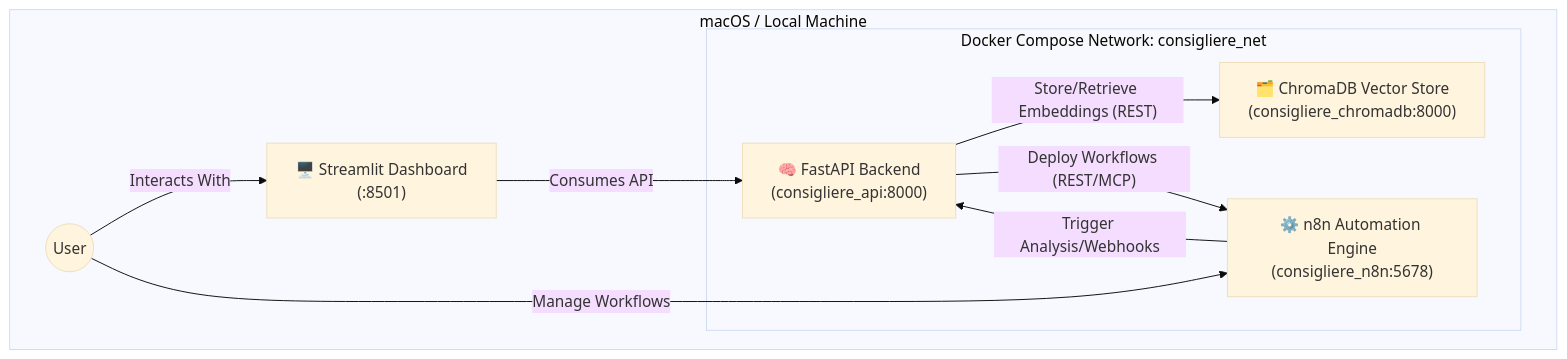
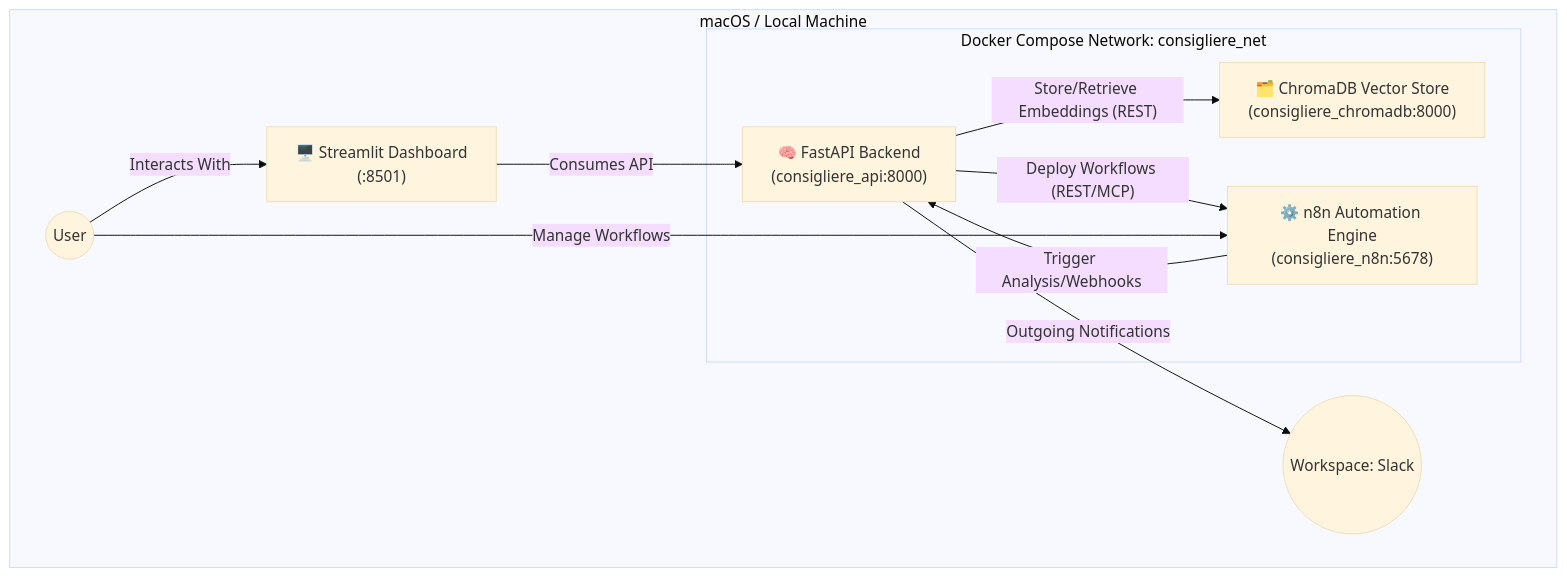
The diagram in README.md (drather/Consigliere), drawn with Mermaid (base theme) before and after one commit. The commit also changed other lines of this file and 4 other files, not shown here.

Commit message:
docs: update system snapshots and README to reflect Slack integration and Sender API

````diff
--- a/README.md
+++ b/README.md
@@ -39,22 +39,23 @@
 ```mermaid
 graph TD
     User((User))
     
     subgraph Host["macOS / Local Machine"]
         StreamlitApp["🖥️ Streamlit Dashboard\n(:8501)"]
         
         subgraph Docker["Docker Compose Network: consigliere_net"]
             API["🧠 FastAPI Backend\n(consigliere_api:8000)"]
             N8N["⚙️ n8n Automation Engine\n(consigliere_n8n:5678)"]
             Chroma["🗂️ ChromaDB Vector Store\n(consigliere_chromadb:8000)"]
             
             API -- "Store/Retrieve Embeddings (REST)" --> Chroma
             N8N -- "Trigger Analysis/Webhooks" --> API
             API -- "Deploy Workflows (REST/MCP)" --> N8N
         end
         
         User -- "Interacts With" --> StreamlitApp
         User -- "Manage Workflows" --> N8N
         StreamlitApp -- "Consumes API" --> API
+        API -- "Outgoing Notifications" --> Slack((Workspace: Slack))
     end
 ```
````
